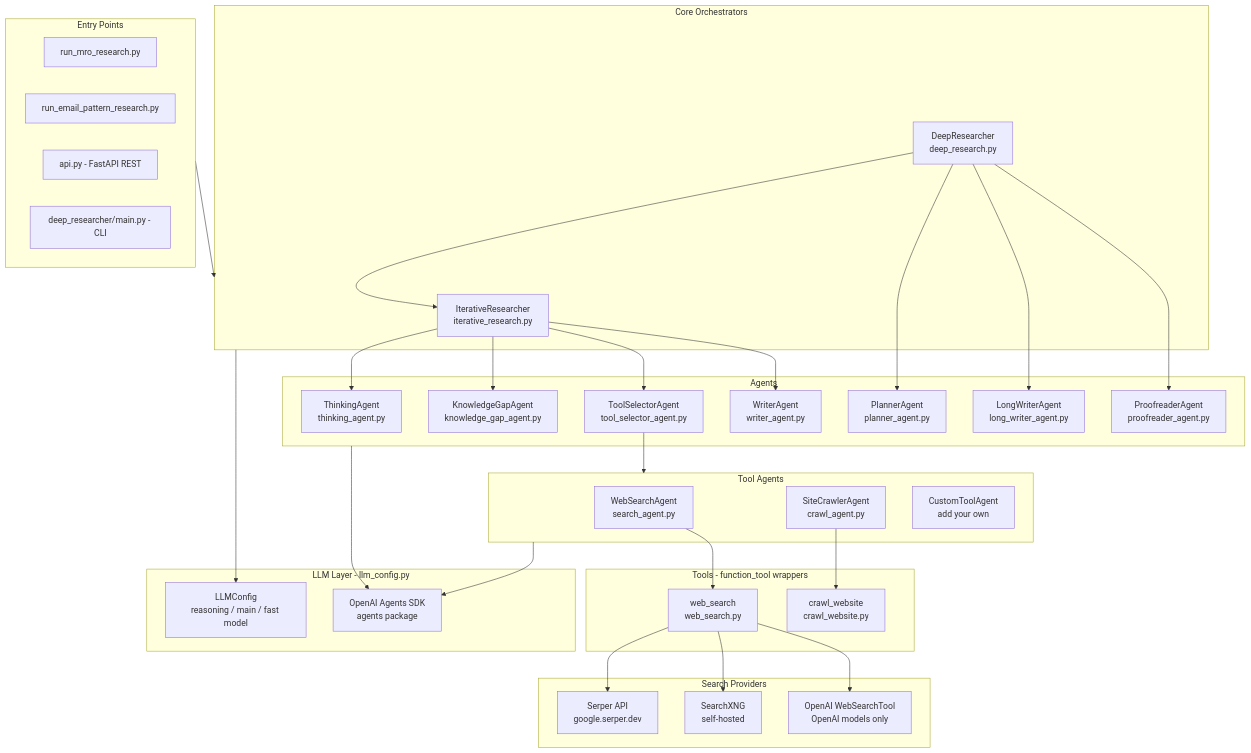
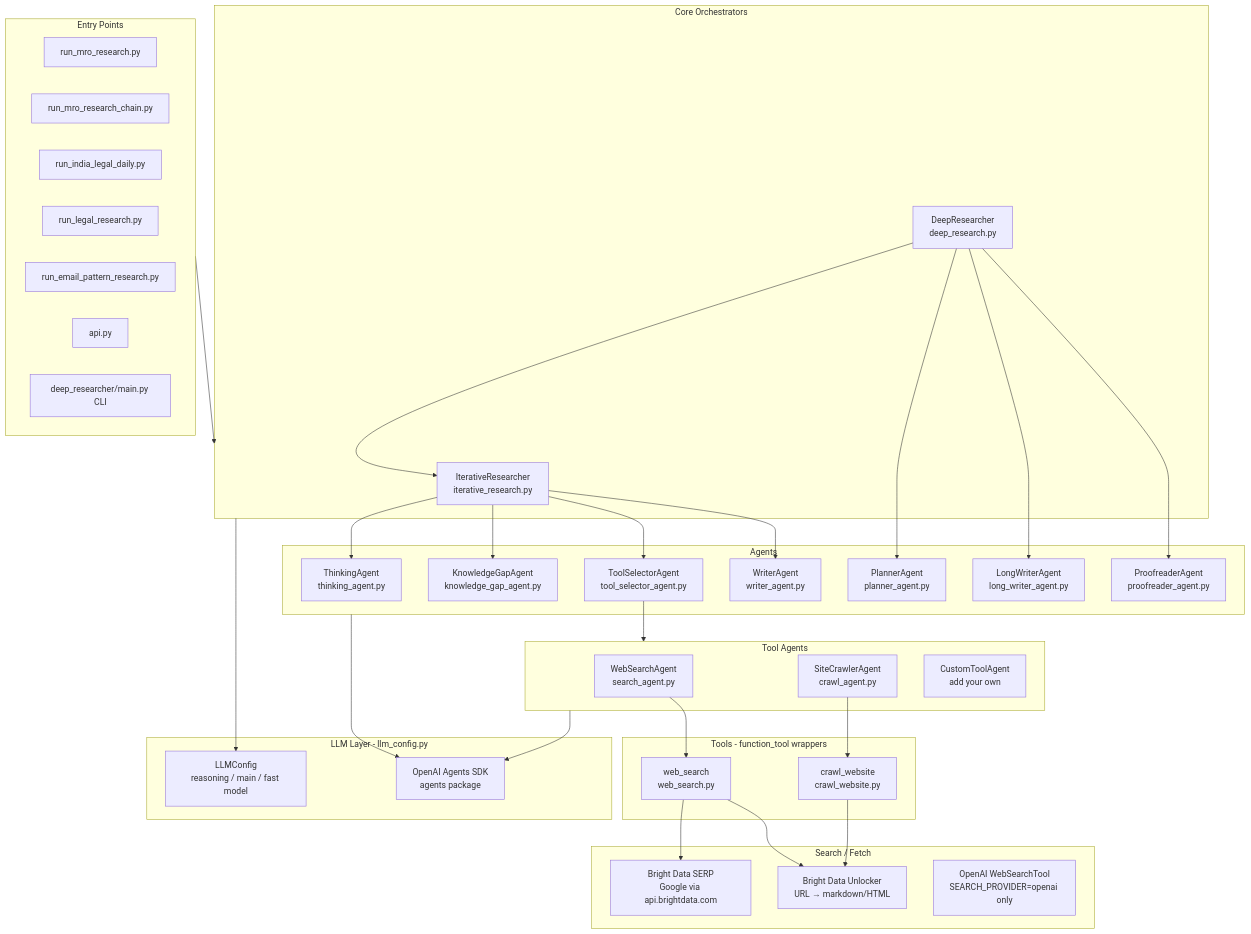
One commit to arunadayaimleap/agents-deep-research changed the fourth of 6 diagrams in ARCHITECTURE.md. Above: the diagram before and after it, drawn with Mermaid. The commit also changed other lines of this file and 13 other files, not shown here.

First line of the commit message:
India legal runs: per-run queue/output dirs; env-driven LLM defaults

````diff
--- a/ARCHITECTURE.md
+++ b/ARCHITECTURE.md
@@ -132,58 +134,62 @@
 ```mermaid
 flowchart TB
     subgraph EP[Entry Points]
         EP1[run_mro_research.py]
-        EP2[run_email_pattern_research.py]
-        EP3[api.py - FastAPI REST]
-        EP4[deep_researcher/main.py - CLI]
+        EP2[run_mro_research_chain.py]
+        EP3[run_india_legal_daily.py]
+        EP4[run_legal_research.py]
+        EP5[run_email_pattern_research.py]
+        EP6[api.py]
+        EP7[deep_researcher/main.py CLI]
     end
 
     subgraph ORC[Core Orchestrators]
         O1[IterativeResearcher\niterative_research.py]
         O2[DeepResearcher\ndeep_research.py]
     end
 
     subgraph AGT[Agents]
         A1[ThinkingAgent\nthinking_agent.py]
         A2[KnowledgeGapAgent\nknowledge_gap_agent.py]
         A3[ToolSelectorAgent\ntool_selector_agent.py]
         A4[WriterAgent\nwriter_agent.py]
         A5[PlannerAgent\nplanner_agent.py]
         A6[LongWriterAgent\nlong_writer_agent.py]
         A7[ProofreaderAgent\nproofreader_agent.py]
     end
 
     subgraph TA[Tool Agents]
         TA1[WebSearchAgent\nsearch_agent.py]
         TA2[SiteCrawlerAgent\ncrawl_agent.py]
         TA3[CustomToolAgent\nadd your own]
     end
 
     subgraph TL[Tools - function_tool wrappers]
         T1[web_search\nweb_search.py]
         T2[crawl_website\ncrawl_website.py]
     end
 
-    subgraph SRC[Search Providers]
-        S1[Serper API\ngoogle.serper.dev]
-        S2[SearchXNG\nself-hosted]
-        S3[OpenAI WebSearchTool\nOpenAI models only]
+    subgraph SRC[Search / Fetch]
+        S1[Bright Data SERP\nGoogle via api.brightdata.com]
+        S2[Bright Data Unlocker\nURL → markdown/HTML]
+        S3[OpenAI WebSearchTool\nSEARCH_PROVIDER=openai only]
     end
 
     subgraph LLM[LLM Layer - llm_config.py]
         L1[LLMConfig\nreasoning / main / fast model]
         L2[OpenAI Agents SDK\nagents package]
     end
 
     EP --> ORC
     O2 --> O1
     O1 --> A1 & A2 & A3 & A4
     O2 --> A5 & A6 & A7
     A3 --> TA
     TA1 --> T1
     TA2 --> T2
-    T1 --> S1 & S2 & S3
+    T1 --> S1 & S2
+    T2 --> S2
     ORC --> L1
     AGT --> L2
     TA --> L2
 ```
````
